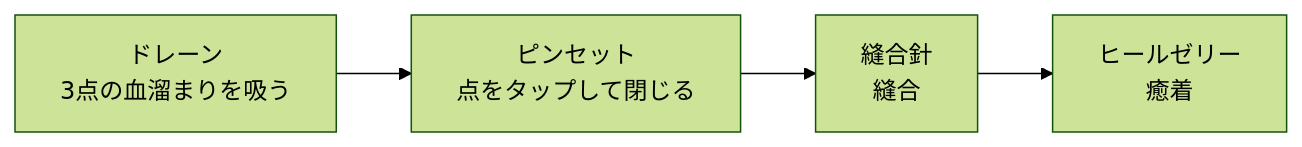
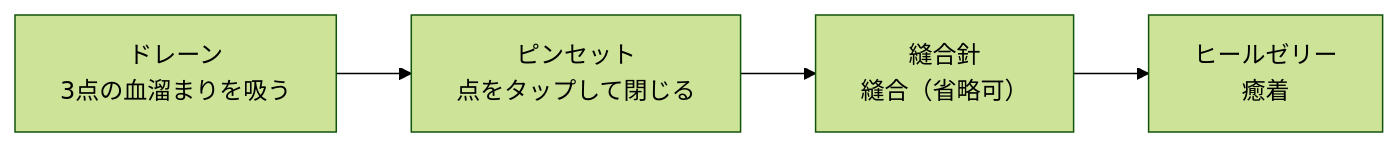
Before and after one commit to shuokitsu/OperationTrauma: the diagram in spec/06_lesions.md, drawn with Mermaid (forest theme). The commit also changed other lines of this file and 32 other files, not shown here.

````diff
--- a/spec/06_lesions.md
+++ b/spec/06_lesions.md
@@ -77,4 +97,4 @@
 ```mermaid
 flowchart LR
-    A[ドレーン<br>3点の血溜まりを吸う] --> B[ピンセット<br>点をタップして閉じる] --> C[縫合針<br>縫合] --> D[ヒールゼリー<br>癒着]
+    A[ドレーン<br>3点の血溜まりを吸う] --> B[ピンセット<br>点をタップして閉じる] --> C[縫合針<br>縫合（省略可）] --> D[ヒールゼリー<br>癒着]
 ```
````
